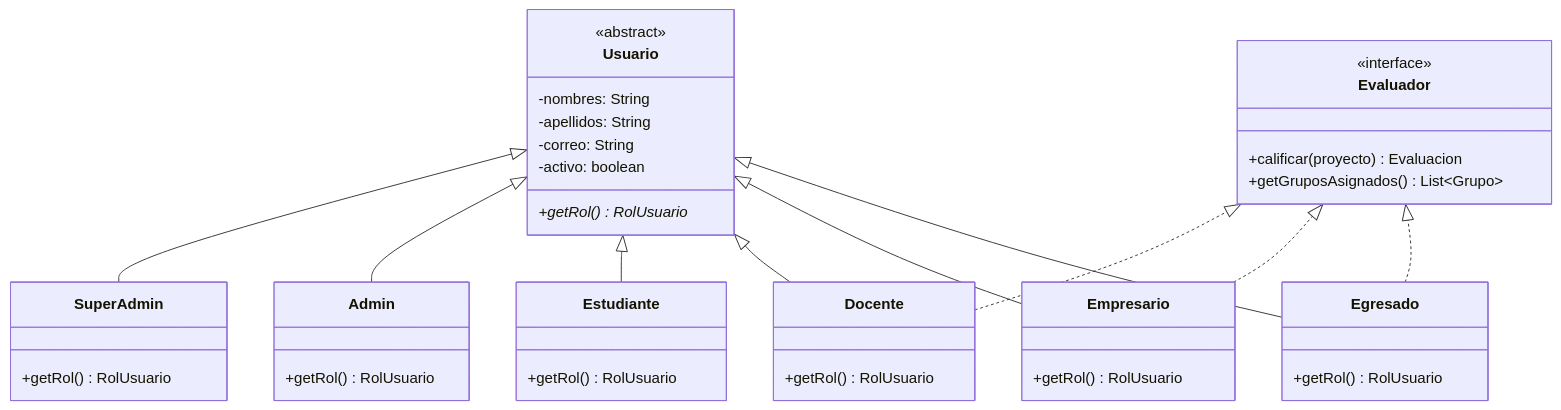
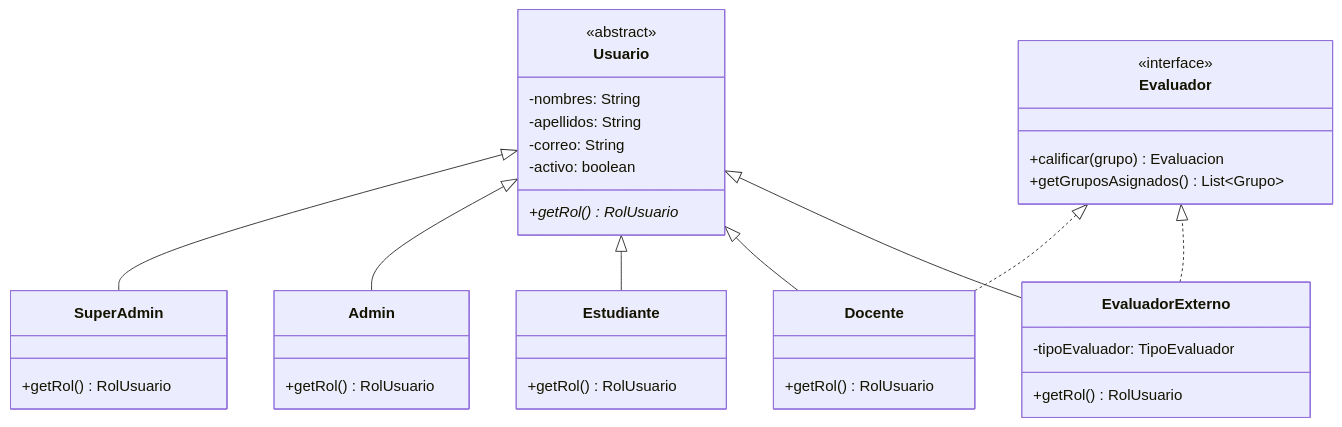
Before and after one commit to Oskarsito7/SIERAP: the first of 6 diagrams in docs/diagramas/diagrama_jerarquias.md, drawn with Mermaid. The commit also changed other lines of this file and 11 other files, not shown here.

````diff
--- a/docs/diagramas/diagrama_jerarquias.md
+++ b/docs/diagramas/diagrama_jerarquias.md
@@ -14,33 +14,33 @@
 ```mermaid
 classDiagram
 direction BT
 class Usuario {
   <<abstract>>
   -nombres: String
   -apellidos: String
   -correo: String
   -activo: boolean
   +getRol()* RolUsuario
 }
 class Evaluador {
   <<interface>>
-  +calificar(proyecto) Evaluacion
+  +calificar(grupo) Evaluacion
   +getGruposAsignados() List~Grupo~
 }
 class SuperAdmin { +getRol() RolUsuario }
 class Admin { +getRol() RolUsuario }
 class Estudiante { +getRol() RolUsuario }
 class Docente { +getRol() RolUsuario }
-class Empresario { +getRol() RolUsuario }
-class Egresado { +getRol() RolUsuario }
+class EvaluadorExterno {
+  -tipoEvaluador: TipoEvaluador
+  +getRol() RolUsuario
+}
 
 SuperAdmin --|> Usuario
 Admin --|> Usuario
 Estudiante --|> Usuario
 Docente --|> Usuario
-Empresario --|> Usuario
-Egresado --|> Usuario
+EvaluadorExterno --|> Usuario
 Docente ..|> Evaluador
-Empresario ..|> Evaluador
-Egresado ..|> Evaluador
+EvaluadorExterno ..|> Evaluador
 ```
````
